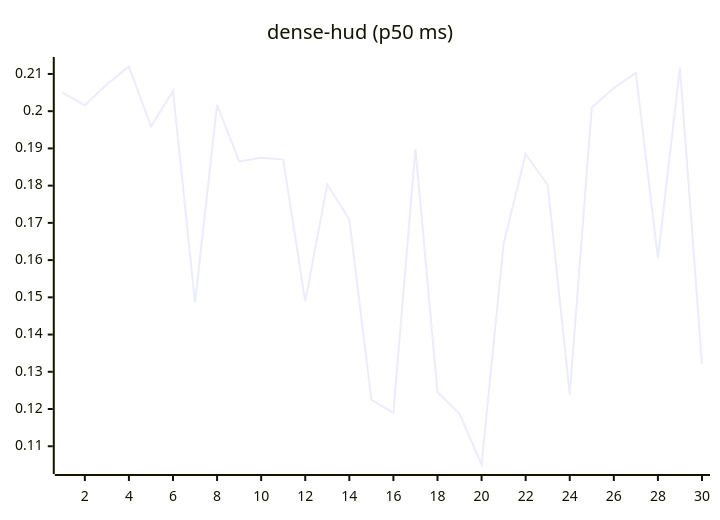
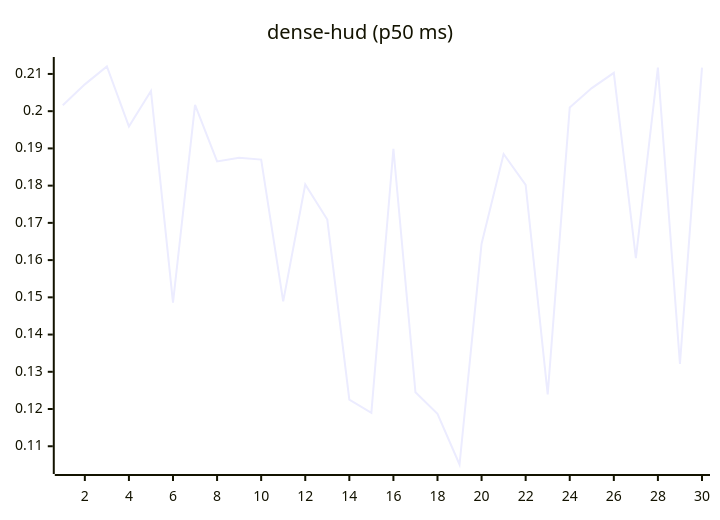
Before and after one commit to josha/Facet: the eighth of 27 diagrams in README.md, drawn with Mermaid. The commit also changed other lines of this file and 2 other files, not shown here.

````diff
--- a/README.md
+++ b/README.md
@@ -112,6 +112,6 @@
 ```mermaid
 xychart-beta
     title "dense-hud (p50 ms)"
     x-axis 1 --> 30
-    line [0.2049, 0.2016, 0.2072, 0.2120, 0.1959, 0.2054, 0.1486, 0.2017, 0.1865, 0.1875, 0.1870, 0.1489, 0.1803, 0.1709, 0.1225, 0.1190, 0.1899, 0.1245, 0.1187, 0.1051, 0.1644, 0.1885, 0.1802, 0.1239, 0.2010, 0.2062, 0.2103, 0.1605, 0.2117, 0.1321]
+    line [0.2016, 0.2072, 0.2120, 0.1959, 0.2054, 0.1486, 0.2017, 0.1865, 0.1875, 0.1870, 0.1489, 0.1803, 0.1709, 0.1225, 0.1190, 0.1899, 0.1245, 0.1187, 0.1051, 0.1644, 0.1885, 0.1802, 0.1239, 0.2010, 0.2062, 0.2103, 0.1605, 0.2117, 0.1321, 0.2117]
 ```
````
